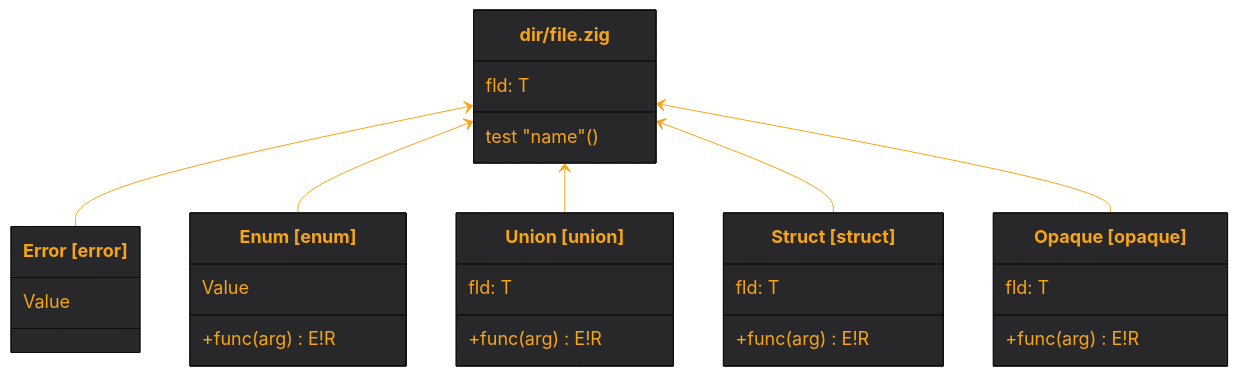
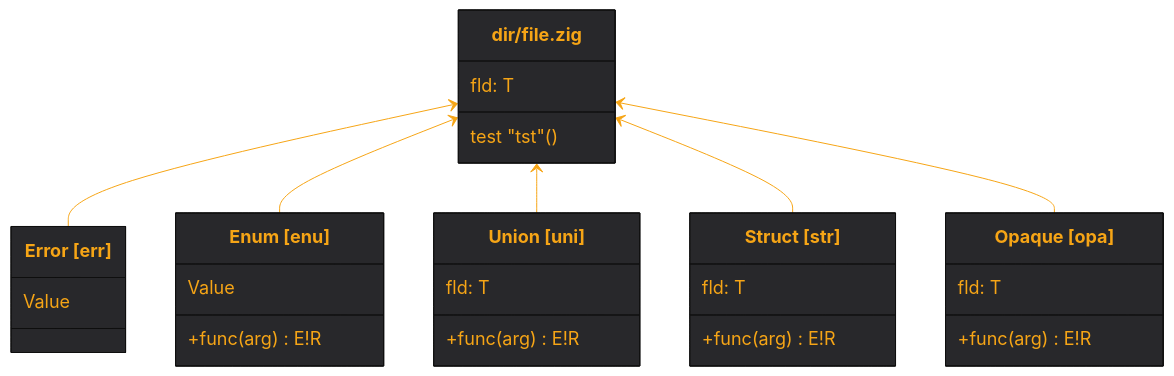
The diagram in README.md (tensorush/meduza), drawn with Mermaid before and after one commit. The commit also changed other lines of this file and 17 other files, not shown here.

````diff
--- a/README.md
+++ b/README.md
@@ -67,43 +67,43 @@
 ```mermaid
 %%{
     init: {
         'theme': 'base',
         'themeVariables': {
             'fontSize': '18px',
             'fontFamily': 'arial',
             'lineColor': '#F6A516',
             'primaryColor': '#28282B',
             'primaryTextColor': '#F6A516'
         }
     }
 }%%
 classDiagram
 class `dir/file.zig` {
     fld: T
-    test "name"()
+    test "tst"()
 }
-class Error["Error [error]"] {
+class Error["Error [err]"] {
     Value
 }
-class Enum["Enum [enum]"] {
+class Enum["Enum [enu]"] {
     Value
     +func(arg) E!R
 }
-class Union["Union [union]"] {
+class Union["Union [uni]"] {
     fld: T
     +func(arg) E!R
 }
-class Struct["Struct [struct]"] {
+class Struct["Struct [str]"] {
     fld: T
     +func(arg) E!R
 }
-class Opaque["Opaque [opaque]"] {
+class Opaque["Opaque [opa]"] {
     fld: T
     +func(arg) E!R
 }
 `dir/file.zig` <-- Error
 `dir/file.zig` <-- Enum
 `dir/file.zig` <-- Union
 `dir/file.zig` <-- Struct
 `dir/file.zig` <-- Opaque
 ```
````
